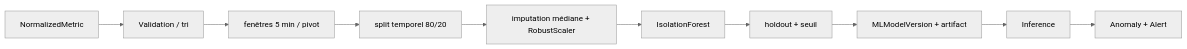
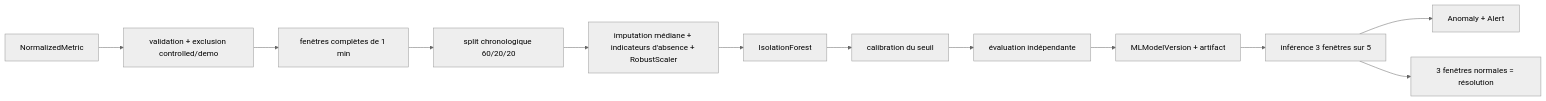
The diagram in docs/ML.md (Mehdilrt12/InfraSentinel-AI), drawn with Mermaid (neutral theme) before and after one commit. The commit also changed other lines of this file and 31 other files, not shown here.

````diff
--- a/docs/ML.md
+++ b/docs/ML.md
@@ -5,12 +5,14 @@
 ```mermaid
 flowchart LR
-  RAW[NormalizedMetric] --> CLEAN[Validation / tri]
-  CLEAN --> FE[ fenêtres 5 min / pivot]
-  FE --> SPLIT[split temporel 80/20]
-  SPLIT --> PRE[imputation médiane + RobustScaler]
+  RAW[NormalizedMetric] --> CLEAN[validation + exclusion controlled/demo]
+  CLEAN --> FE[fenêtres complètes de 1 min]
+  FE --> SPLIT[split chronologique 60/20/20]
+  SPLIT --> PRE[imputation médiane + indicateurs d'absence + RobustScaler]
   PRE --> IF[IsolationForest]
-  IF --> EVAL[holdout + seuil]
+  IF --> CAL[calibration du seuil]
+  CAL --> EVAL[évaluation indépendante]
   EVAL --> REG[MLModelVersion + artifact]
-  REG --> INF[Inference]
+  REG --> INF[inférence 3 fenêtres sur 5]
   INF --> ANO[Anomaly + Alert]
+  INF --> REC[3 fenêtres normales = résolution]
 ```
````
